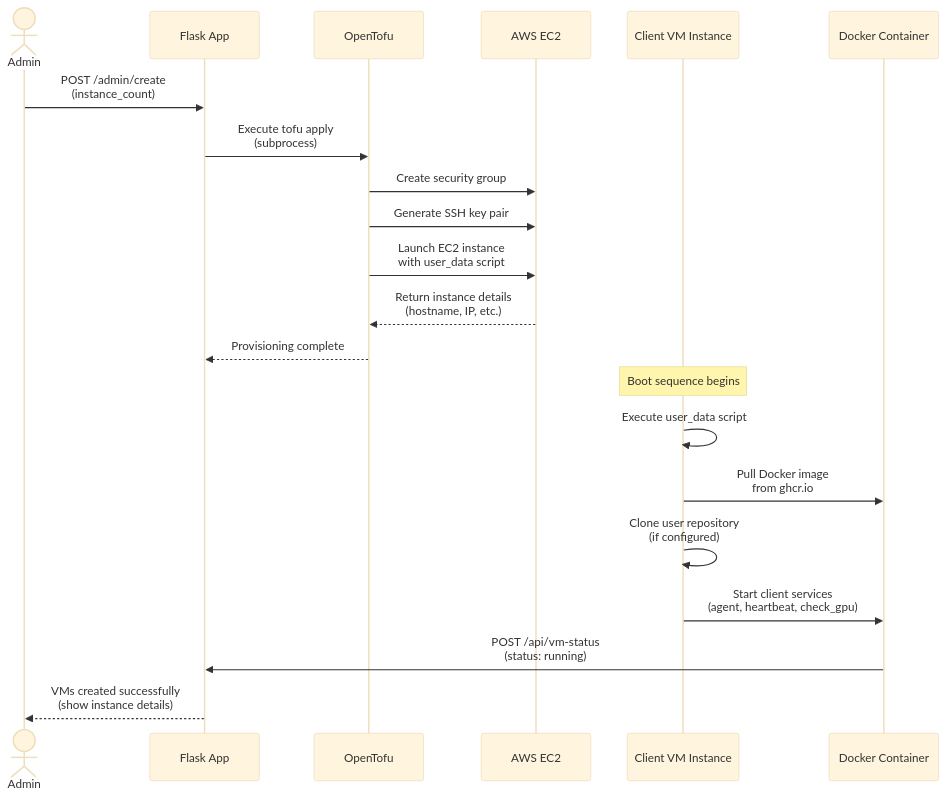
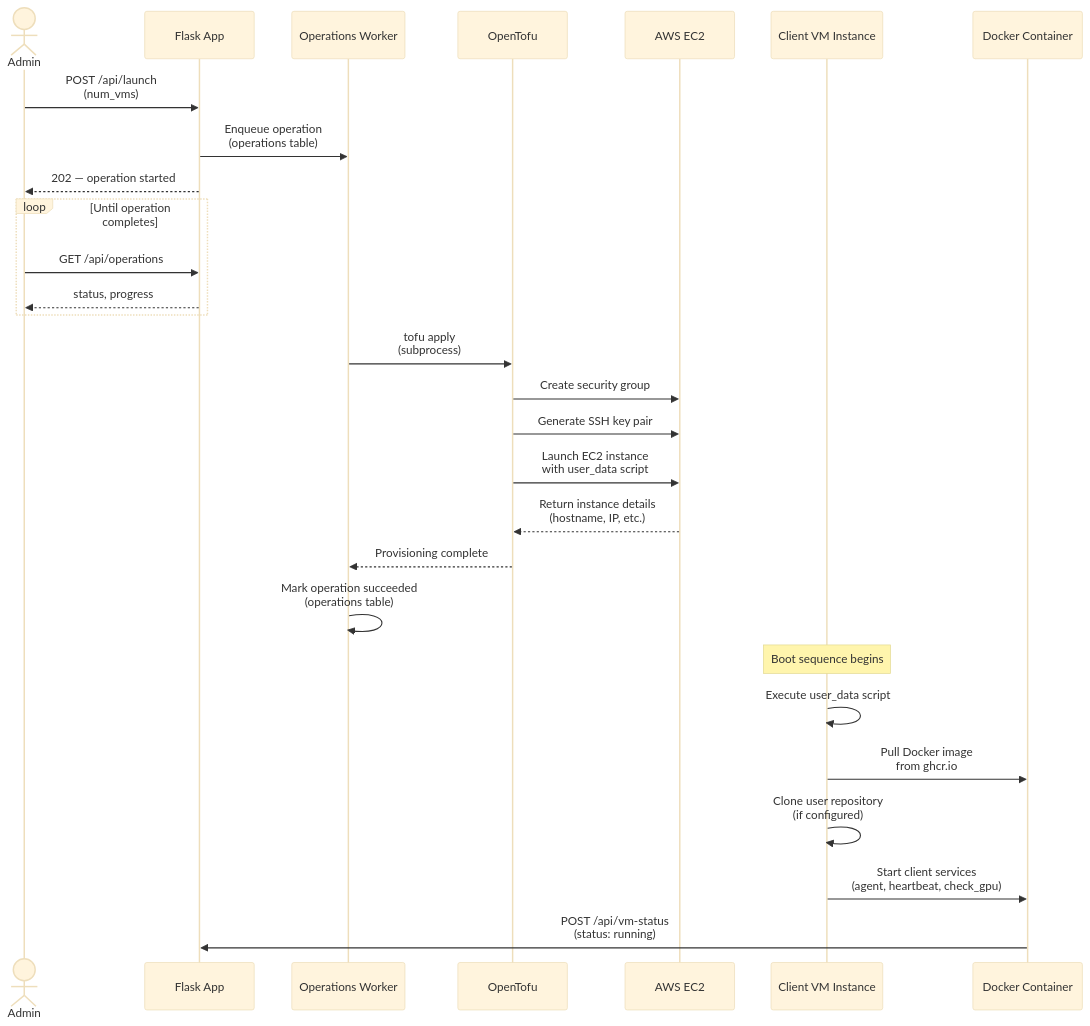
The fourth of 5 diagrams in docs/architecture.md (talmolab/lablink), drawn with Mermaid (base theme) before and after one commit. The commit also changed other lines of this file and 19 other files, not shown here.

First line of the commit message:
docs: refresh architecture/workflows pages and generate API endpoints from route docstrings (#470)

````diff
--- a/docs/architecture.md
+++ b/docs/architecture.md
@@ -404,28 +446,35 @@
 ```mermaid
 sequenceDiagram
     actor Admin
     participant Flask as Flask App
+    participant Worker as Operations Worker
     participant OpenTofu
     participant AWS as AWS EC2
     participant VM as Client VM Instance
     participant Docker as Docker Container
 
-    Admin->>Flask: POST /admin/create<br/>(instance_count)
-    Flask->>OpenTofu: Execute tofu apply<br/>(subprocess)
+    Admin->>Flask: POST /api/launch<br/>(num_vms)
+    Flask->>Worker: Enqueue operation<br/>(operations table)
+    Flask-->>Admin: 202 — operation started
 
+    loop Until operation completes
+        Admin->>Flask: GET /api/operations
+        Flask-->>Admin: status, progress
+    end
+
+    Worker->>OpenTofu: tofu apply<br/>(subprocess)
     OpenTofu->>AWS: Create security group
     OpenTofu->>AWS: Generate SSH key pair
     OpenTofu->>AWS: Launch EC2 instance<br/>with user_data script
     AWS-->>OpenTofu: Return instance details<br/>(hostname, IP, etc.)
-    OpenTofu-->>Flask: Provisioning complete
+    OpenTofu-->>Worker: Provisioning complete
+    Worker->>Worker: Mark operation succeeded<br/>(operations table)
 
     Note over VM: Boot sequence begins
     VM->>VM: Execute user_data script
 
     VM->>Docker: Pull Docker image<br/>from ghcr.io
     VM->>VM: Clone user repository<br/>(if configured)
     VM->>Docker: Start client services<br/>(agent, heartbeat, check_gpu)
     Docker->>Flask: POST /api/vm-status<br/>(status: running)
-
-    Flask-->>Admin: VMs created successfully<br/>(show instance details)
 ```
````
